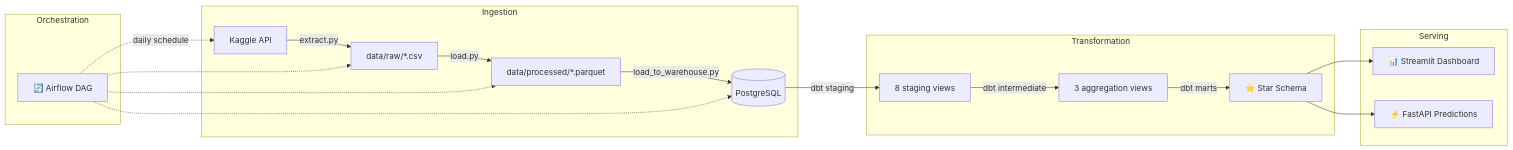
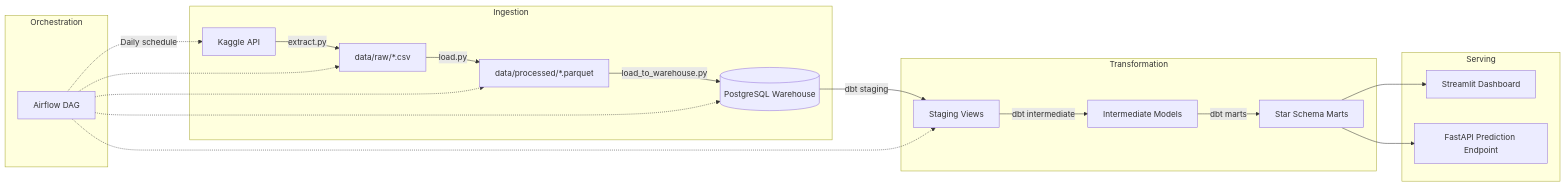
Before and after one commit to benmoustafa/business-analytics-pipeline: the first of 2 diagrams in README.md, drawn with Mermaid. The commit also changed other lines of this file and 18 other files, not shown here.

````diff
--- a/README.md
+++ b/README.md
@@ -46,26 +29,27 @@
 ```mermaid
 flowchart LR
     subgraph Ingestion
         A[Kaggle API] -->|extract.py| B[data/raw/*.csv]
         B -->|load.py| C[data/processed/*.parquet]
-        C -->|load_to_warehouse.py| D[(PostgreSQL)]
+        C -->|load_to_warehouse.py| D[(PostgreSQL Warehouse)]
     end
 
     subgraph Transformation
-        D -->|dbt staging| E[8 staging views]
-        E -->|dbt intermediate| F[3 aggregation views]
-        F -->|dbt marts| G[⭐ Star Schema]
+        D -->|dbt staging| E[Staging Views]
+        E -->|dbt intermediate| F[Intermediate Models]
+        F -->|dbt marts| G[Star Schema Marts]
     end
 
     subgraph Serving
-        G --> H[📊 Streamlit Dashboard]
-        G --> I[⚡ FastAPI Predictions]
+        G --> H[Streamlit Dashboard]
+        G --> I[FastAPI Prediction Endpoint]
     end
 
     subgraph Orchestration
-        J[🔄 Airflow DAG] -.->|daily schedule| A
+        J[Airflow DAG] -.->|Daily schedule| A
         J -.-> B
         J -.-> C
         J -.-> D
+        J -.-> E
     end
 ```
````
